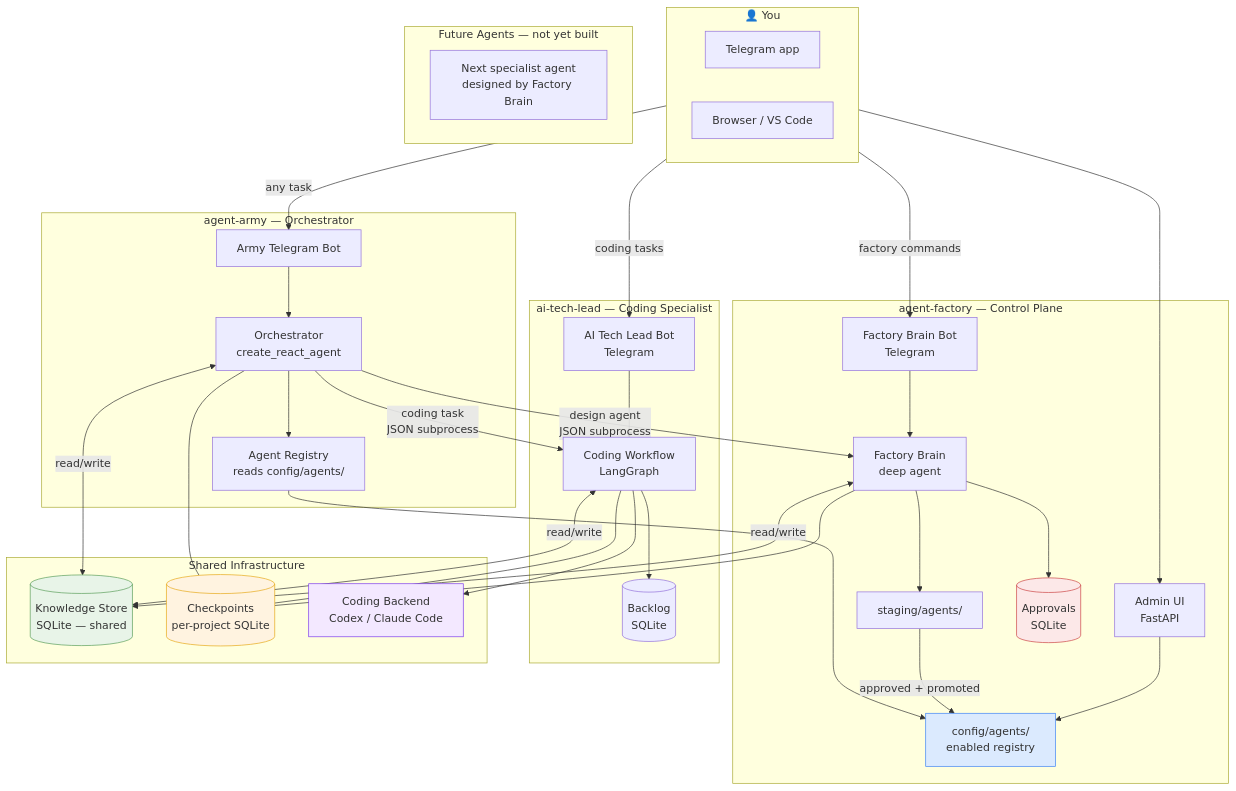
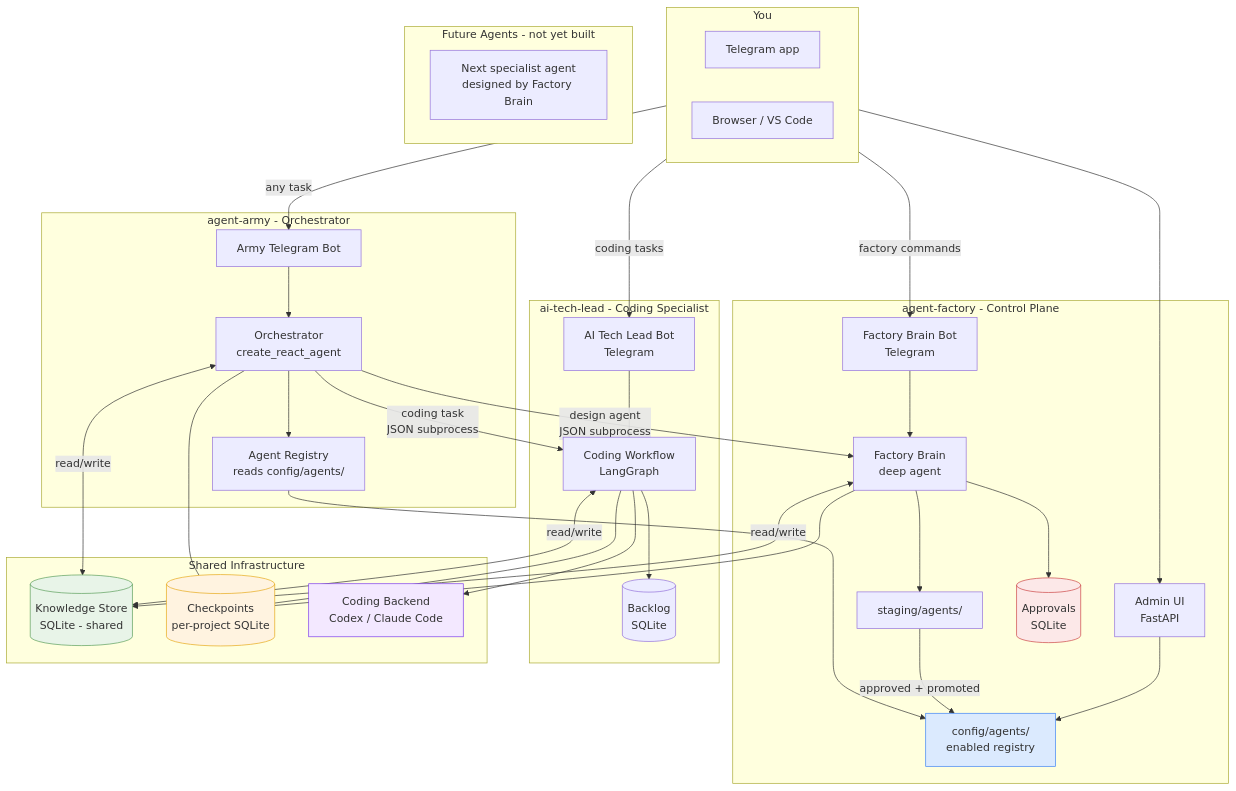
One commit to robvoto/agent-factory changed the diagram in docs/diagrams/01-SYSTEM-OVERVIEW.mmd. Above: the diagram before and after it, drawn with Mermaid. The commit also changed 11 other files, not shown here.

First line of the commit message:
docs: clean up diagram labels

```diff
--- a/docs/diagrams/01-SYSTEM-OVERVIEW.mmd
+++ b/docs/diagrams/01-SYSTEM-OVERVIEW.mmd
@@ -1,73 +1,73 @@
 flowchart TD
-    subgraph You["👤 You"]
+    subgraph You["You"]
         direction LR
         Phone[Telegram app]
         Browser[Browser / VS Code]
     end
 
-    subgraph Army["agent-army — Orchestrator"]
+    subgraph Army["agent-army - Orchestrator"]
         ArmyBot[Army Telegram Bot]
-        ArmyOrch[Orchestrator\ncreate_react_agent]
-        ArmyReg[Agent Registry\nreads config/agents/]
+        ArmyOrch[Orchestrator<br/>create_react_agent]
+        ArmyReg[Agent Registry<br/>reads config/agents/]
     end
 
-    subgraph Factory["agent-factory — Control Plane"]
-        FactoryBot[Factory Brain Bot\nTelegram]
-        FactoryBrain[Factory Brain\ndeep agent]
-        AdminUI[Admin UI\nFastAPI]
+    subgraph Factory["agent-factory - Control Plane"]
+        FactoryBot[Factory Brain Bot<br/>Telegram]
+        FactoryBrain[Factory Brain<br/>deep agent]
+        AdminUI[Admin UI<br/>FastAPI]
         Staging[staging/agents/]
-        Registry[config/agents/\nenabled registry]
-        Approval[(Approvals\nSQLite)]
+        Registry[config/agents/<br/>enabled registry]
+        Approval[(Approvals<br/>SQLite)]
     end
 
-    subgraph ATL["ai-tech-lead — Coding Specialist"]
-        ATLBot[AI Tech Lead Bot\nTelegram]
-        ATLGraph[Coding Workflow\nLangGraph]
-        ATLBacklog[(Backlog\nSQLite)]
+    subgraph ATL["ai-tech-lead - Coding Specialist"]
+        ATLBot[AI Tech Lead Bot<br/>Telegram]
+        ATLGraph[Coding Workflow<br/>LangGraph]
+        ATLBacklog[(Backlog<br/>SQLite)]
     end
 
-    subgraph Future["Future Agents — not yet built"]
-        FutureAgent[Next specialist agent\ndesigned by Factory Brain]
+    subgraph Future["Future Agents - not yet built"]
+        FutureAgent[Next specialist agent<br/>designed by Factory Brain]
     end
 
     subgraph Shared["Shared Infrastructure"]
-        KnowledgeDB[(Knowledge Store\nSQLite — shared)]
-        CheckpointDB[(Checkpoints\nper-project SQLite)]
-        CodingBackend[Coding Backend\nCodex / Claude Code]
+        KnowledgeDB[(Knowledge Store<br/>SQLite - shared)]
+        CheckpointDB[(Checkpoints<br/>per-project SQLite)]
+        CodingBackend[Coding Backend<br/>Codex / Claude Code]
     end
 
     Phone -->|any task| ArmyBot
     Phone -->|factory commands| FactoryBot
     Phone -->|coding tasks| ATLBot
     Browser --> AdminUI
 
     ArmyBot --> ArmyOrch
     ArmyOrch --> ArmyReg
     ArmyReg --> Registry
 
-    ArmyOrch -->|coding task\nJSON subprocess| ATLGraph
-    ArmyOrch -->|design agent\nJSON subprocess| FactoryBrain
+    ArmyOrch -->|coding task<br/>JSON subprocess| ATLGraph
+    ArmyOrch -->|design agent<br/>JSON subprocess| FactoryBrain
 
     FactoryBot --> FactoryBrain
     FactoryBrain --> Staging
     FactoryBrain --> Approval
     Staging -->|approved + promoted| Registry
     AdminUI --> Registry
 
     ATLBot --> ATLGraph
     ATLGraph --> CodingBackend
     ATLGraph --> ATLBacklog
 
     FactoryBrain <-->|read/write| KnowledgeDB
     ArmyOrch <-->|read/write| KnowledgeDB
     ATLGraph <-->|read/write| KnowledgeDB
 
     FactoryBrain --- CheckpointDB
     ATLGraph --- CheckpointDB
     ArmyOrch --- CheckpointDB
 
     style KnowledgeDB fill:#e8f4e8,stroke:#5a9e5a
     style CheckpointDB fill:#fff3e0,stroke:#e6a817
     style Registry fill:#dbeafe,stroke:#3b82f6
     style Approval fill:#fce8e8,stroke:#cc4444
     style CodingBackend fill:#f3e8ff,stroke:#7c3aed
```
